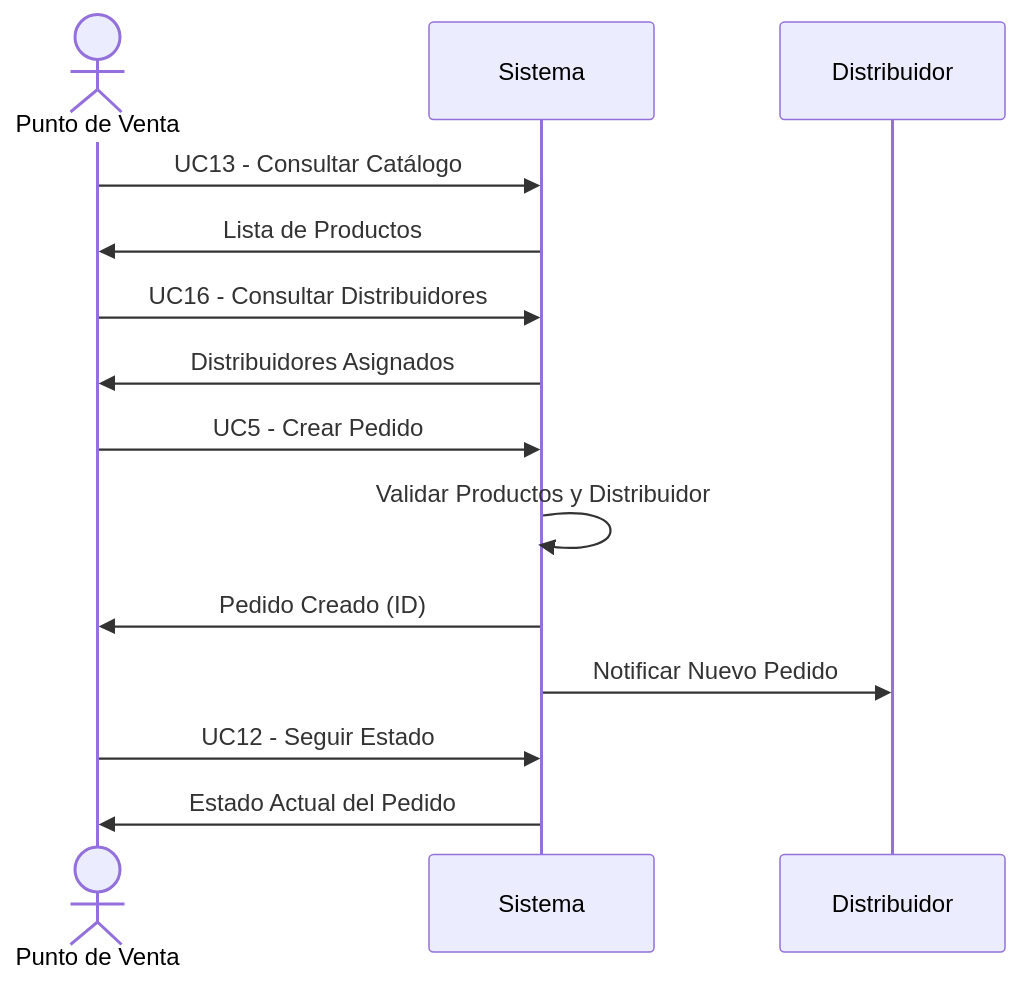
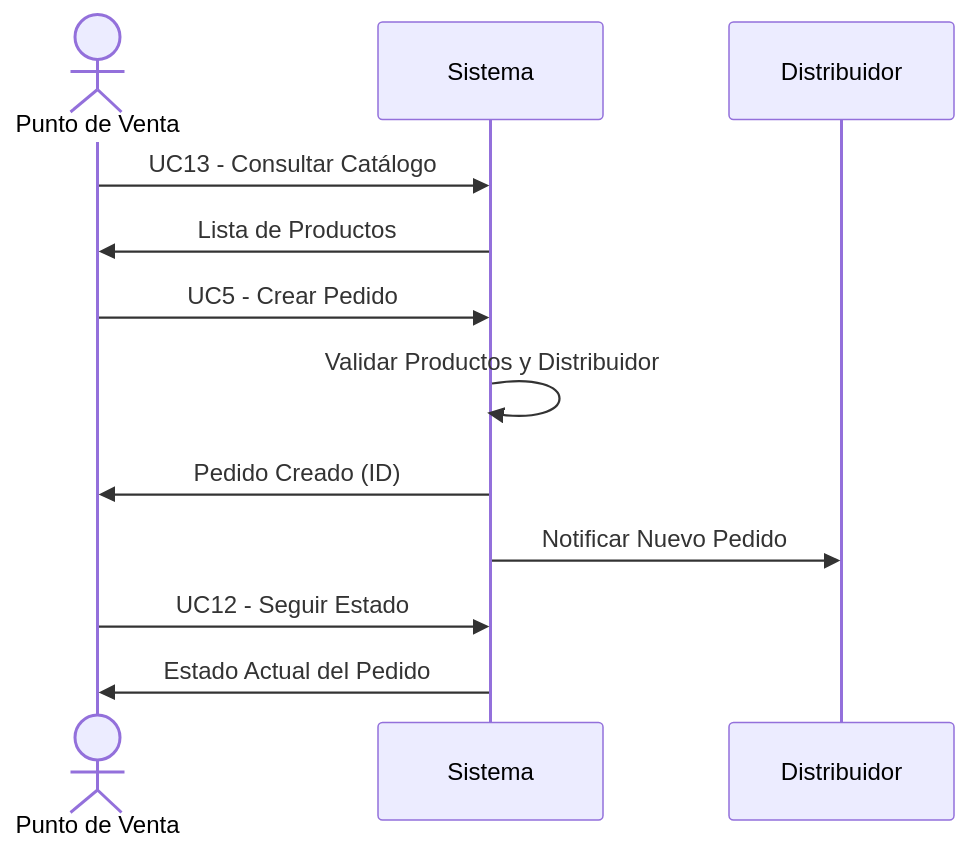
One commit to ingnlema/Conaprole changed the second of 3 diagrams in docs/architecture/casos-de-uso/casos-uso-punto-de-venta.md. Above: the diagram before and after it, drawn with Mermaid. The commit also changed other lines of this file, not shown here.

````diff
--- a/docs/architecture/casos-de-uso/casos-uso-punto-de-venta.md
+++ b/docs/architecture/casos-de-uso/casos-uso-punto-de-venta.md
@@ -127,21 +127,18 @@
 ```mermaid
 sequenceDiagram
     actor PdV as Punto de Venta
     participant SYS as Sistema
     participant DIST as Distribuidor
     
     PdV->>SYS: UC13 - Consultar Catálogo
     SYS->>PdV: Lista de Productos
-    
-    PdV->>SYS: UC16 - Consultar Distribuidores
-    SYS->>PdV: Distribuidores Asignados
     
     PdV->>SYS: UC5 - Crear Pedido
     SYS->>SYS: Validar Productos y Distribuidor
     SYS->>PdV: Pedido Creado (ID)
     
     SYS->>DIST: Notificar Nuevo Pedido
     
     PdV->>SYS: UC12 - Seguir Estado
     SYS->>PdV: Estado Actual del Pedido
 ```
````
